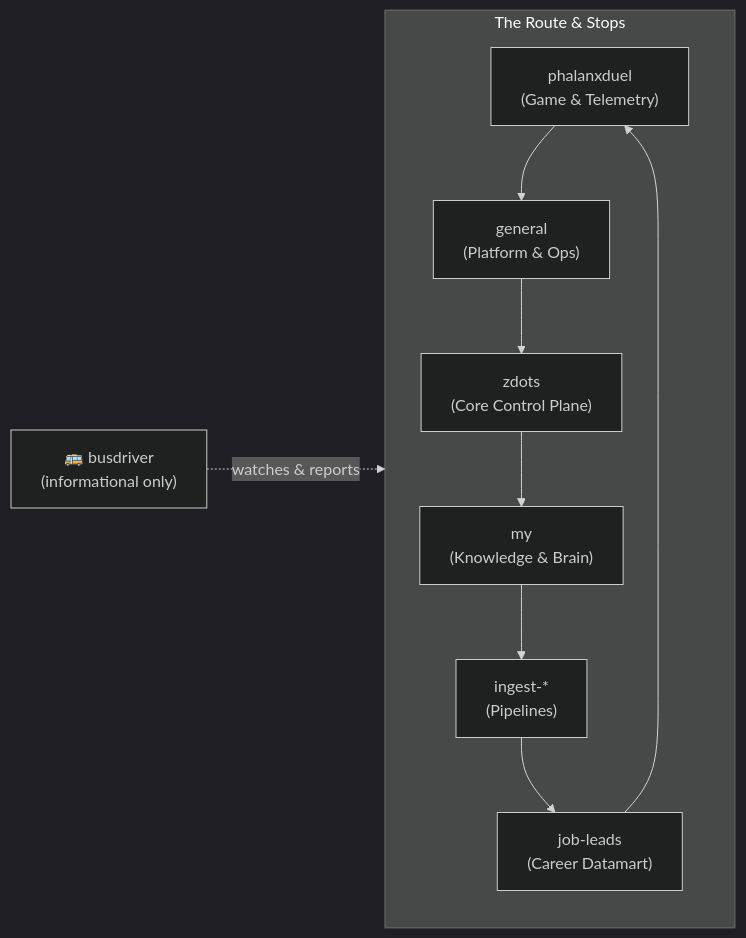
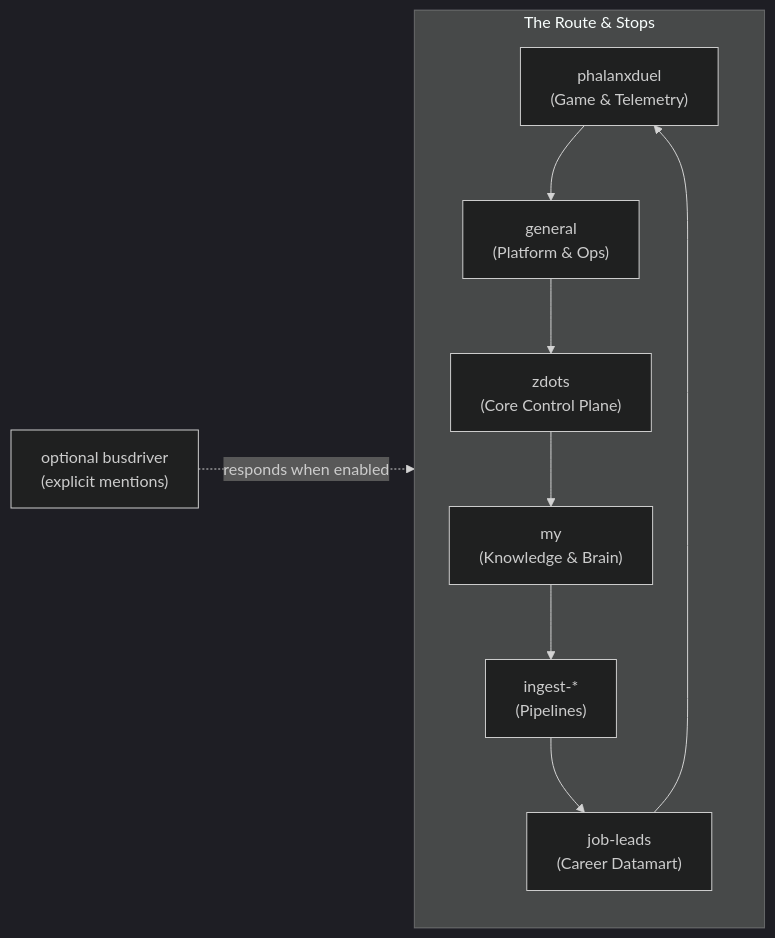
Before and after one commit to just3ws/zdots: the diagram in docs/message-bus.md, drawn with Mermaid (dark theme). The commit also changed other lines of this file and 3 other files, not shown here.

````diff
--- a/docs/message-bus.md
+++ b/docs/message-bus.md
@@ -294,13 +305,13 @@
 ```mermaid
 flowchart LR
     subgraph Route ["The Route & Stops"]
         phx["phalanxduel\n(Game & Telemetry)"] --> gen["general\n(Platform & Ops)"]
         gen --> zd["zdots\n(Core Control Plane)"]
         zd --> my["my\n(Knowledge & Brain)"]
         my --> ing["ingest-*\n(Pipelines)"]
         ing --> jl["job-leads\n(Career Datamart)"]
         jl --> phx
     end
 
-    driver["🚌 busdriver\n(informational only)"] -. watches & reports .-> Route
+    driver["optional busdriver\n(explicit mentions)"] -. responds when enabled .-> Route
 ```
````
